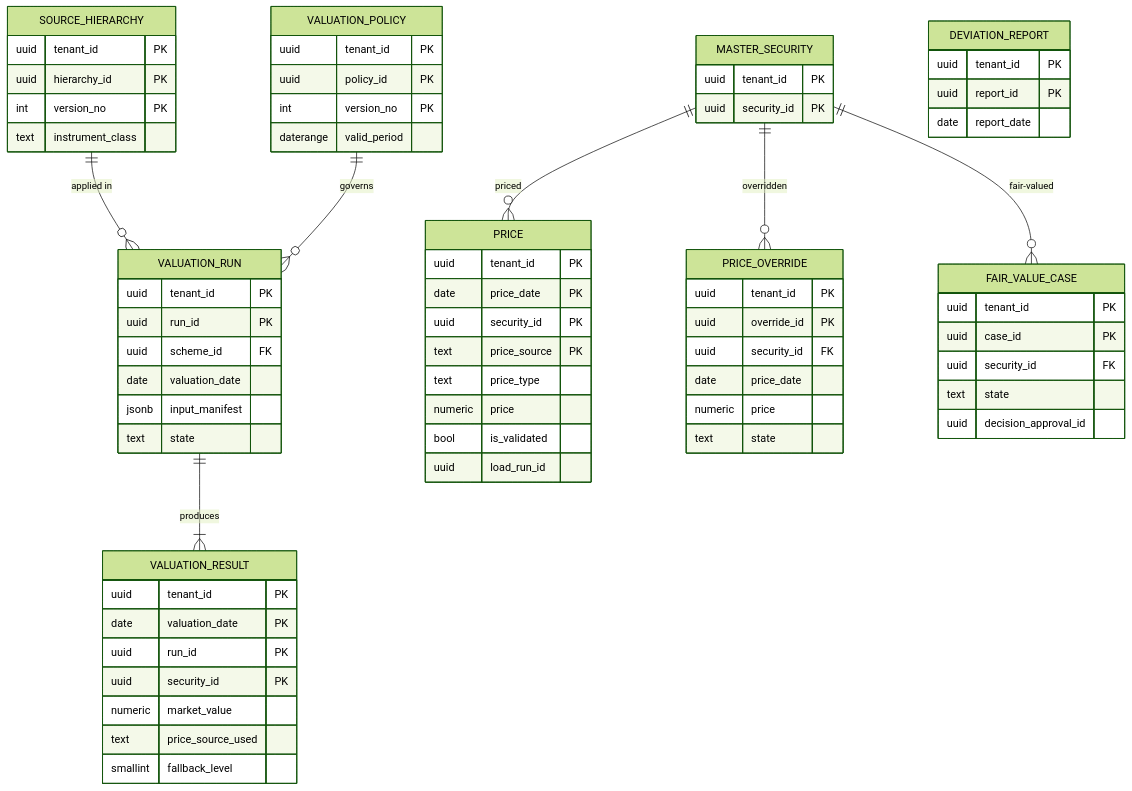
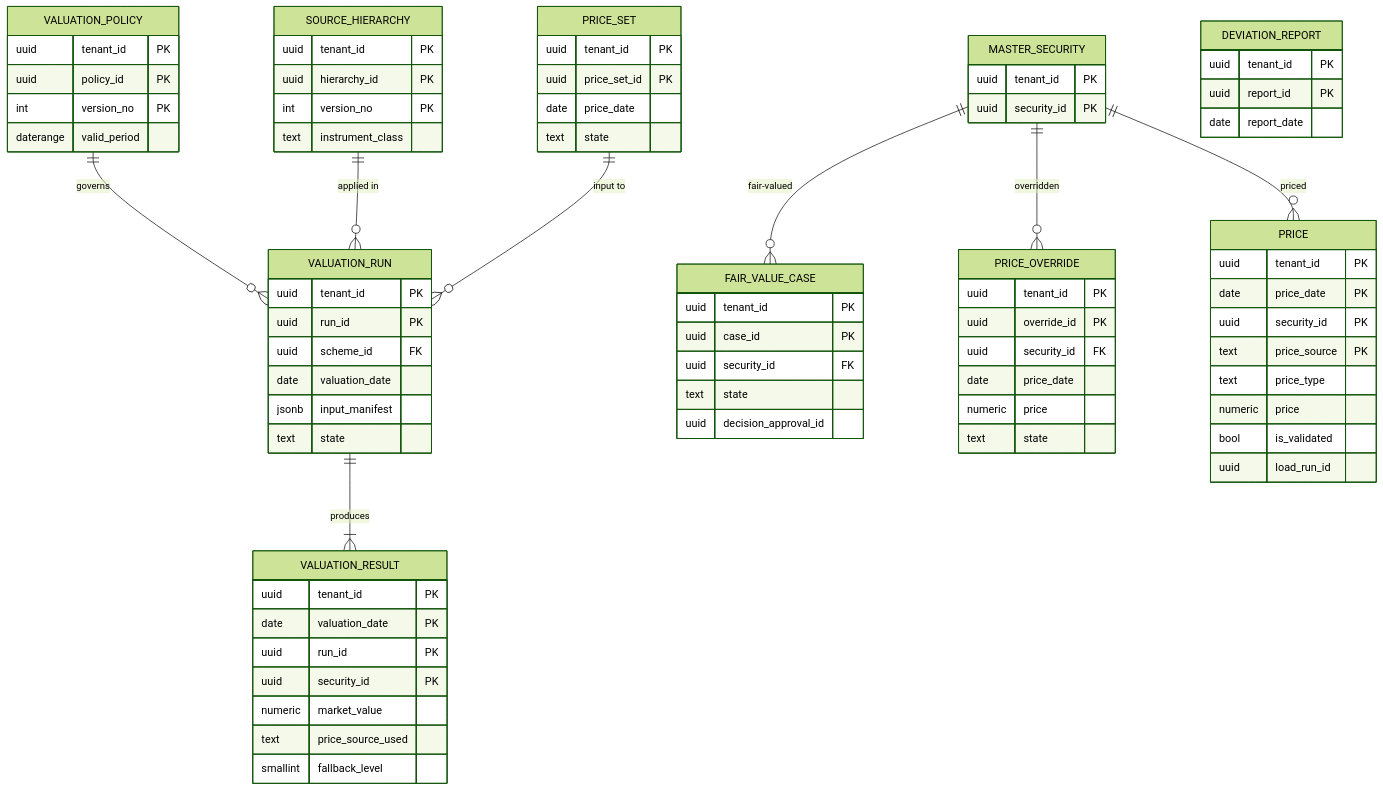
One commit to suchitdubey7/AMC-OS changed the first of 2 diagrams in architecture/erds/D11_valuation_nav.md. Above: the diagram before and after it, drawn with Mermaid (forest theme). The commit also changed other lines of this file and 19 other files, not shown here.

````diff
--- a/architecture/erds/D11_valuation_nav.md
+++ b/architecture/erds/D11_valuation_nav.md
@@ -9,72 +9,79 @@
 ```mermaid
 erDiagram
   MASTER_SECURITY ||--o{ PRICE : "priced"
+  PRICE_SET ||--o{ VALUATION_RUN : "input to"
   SOURCE_HIERARCHY ||--o{ VALUATION_RUN : "applied in"
   VALUATION_POLICY ||--o{ VALUATION_RUN : "governs"
   MASTER_SECURITY ||--o{ PRICE_OVERRIDE : "overridden"
   MASTER_SECURITY ||--o{ FAIR_VALUE_CASE : "fair-valued"
   VALUATION_RUN ||--|{ VALUATION_RESULT : "produces"
   PRICE {
     uuid tenant_id PK
     date price_date PK
     uuid security_id PK
     text price_source PK
     text price_type
     numeric price
     bool is_validated
     uuid load_run_id
+  }
+  PRICE_SET {
+    uuid tenant_id PK
+    uuid price_set_id PK
+    date price_date
+    text state
   }
   SOURCE_HIERARCHY {
     uuid tenant_id PK
     uuid hierarchy_id PK
     int version_no PK
     text instrument_class
   }
   PRICE_OVERRIDE {
     uuid tenant_id PK
     uuid override_id PK
     uuid security_id FK
     date price_date
     numeric price
     text state
   }
   VALUATION_POLICY {
     uuid tenant_id PK
     uuid policy_id PK
     int version_no PK
     daterange valid_period
   }
   FAIR_VALUE_CASE {
     uuid tenant_id PK
     uuid case_id PK
     uuid security_id FK
     text state
     uuid decision_approval_id
   }
   DEVIATION_REPORT {
     uuid tenant_id PK
     uuid report_id PK
     date report_date
   }
   VALUATION_RUN {
     uuid tenant_id PK
     uuid run_id PK
     uuid scheme_id FK
     date valuation_date
     jsonb input_manifest
     text state
   }
   VALUATION_RESULT {
     uuid tenant_id PK
     date valuation_date PK
     uuid run_id PK
     uuid security_id PK
     numeric market_value
     text price_source_used
     smallint fallback_level
   }
   MASTER_SECURITY {
     uuid tenant_id PK
     uuid security_id PK
   }
 ```
````
